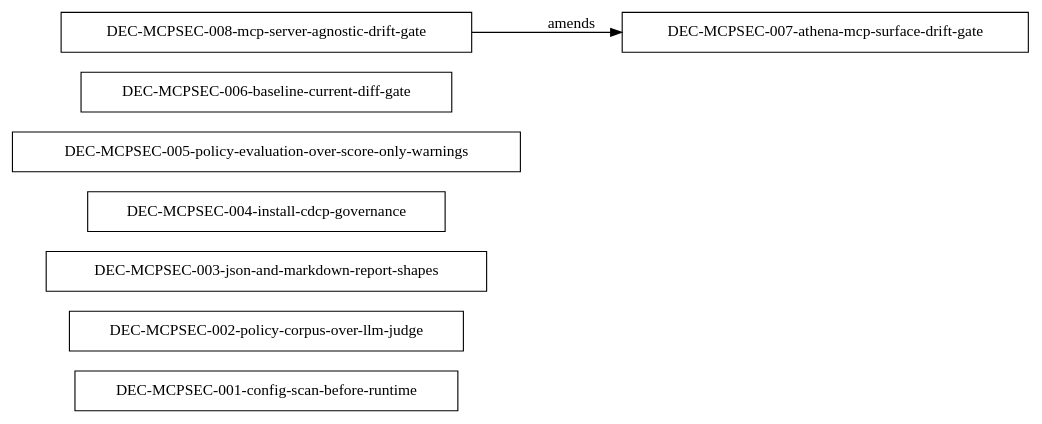
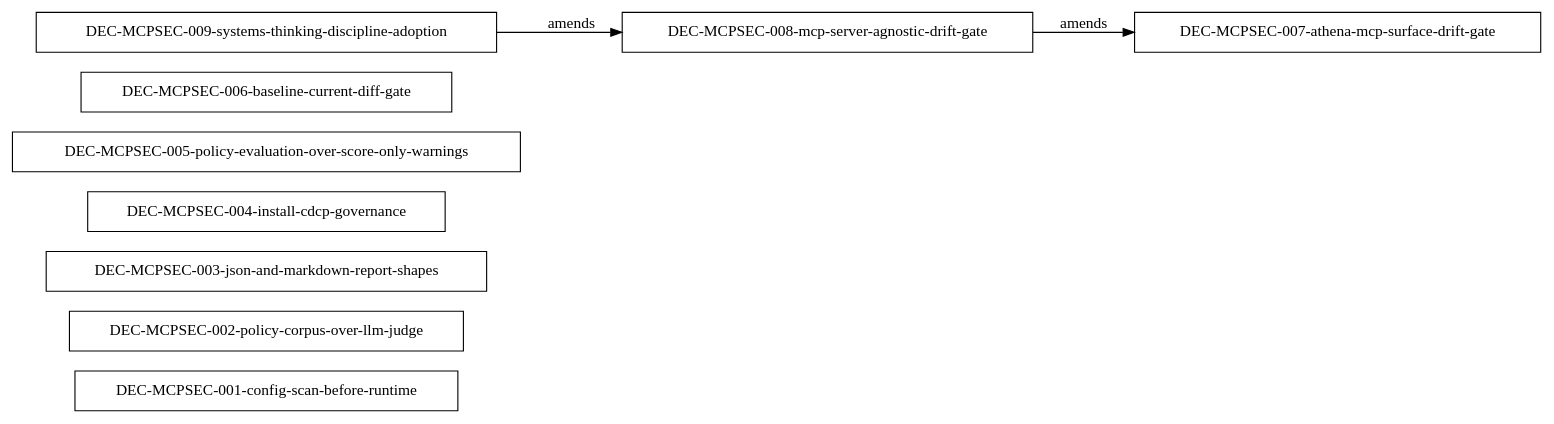
Before and after one commit to AthenaTheOwl/athena-site: the diagram in ops/dec-graphs/mcp-security-lab.dot, drawn with Graphviz. The commit also changed 20 other files, not shown here.

```diff
--- a/ops/dec-graphs/mcp-security-lab.dot
+++ b/ops/dec-graphs/mcp-security-lab.dot
@@ -1,12 +1,14 @@
 digraph dec_chains_mcp_security_lab {
   rankdir=LR;
   "DEC-MCPSEC-001-config-scan-before-runtime" [shape=box, style=solid];
   "DEC-MCPSEC-002-policy-corpus-over-llm-judge" [shape=box, style=solid];
   "DEC-MCPSEC-003-json-and-markdown-report-shapes" [shape=box, style=solid];
   "DEC-MCPSEC-004-install-cdcp-governance" [shape=box, style=solid];
   "DEC-MCPSEC-005-policy-evaluation-over-score-only-warnings" [shape=box, style=solid];
   "DEC-MCPSEC-006-baseline-current-diff-gate" [shape=box, style=solid];
   "DEC-MCPSEC-007-athena-mcp-surface-drift-gate" [shape=box, style=solid];
   "DEC-MCPSEC-008-mcp-server-agnostic-drift-gate" [shape=box, style=solid];
+  "DEC-MCPSEC-009-systems-thinking-discipline-adoption" [shape=box, style=solid];
   "DEC-MCPSEC-008-mcp-server-agnostic-drift-gate" -> "DEC-MCPSEC-007-athena-mcp-surface-drift-gate" [label="amends"];
+  "DEC-MCPSEC-009-systems-thinking-discipline-adoption" -> "DEC-MCPSEC-008-mcp-server-agnostic-drift-gate" [label="amends"];
 }
```
